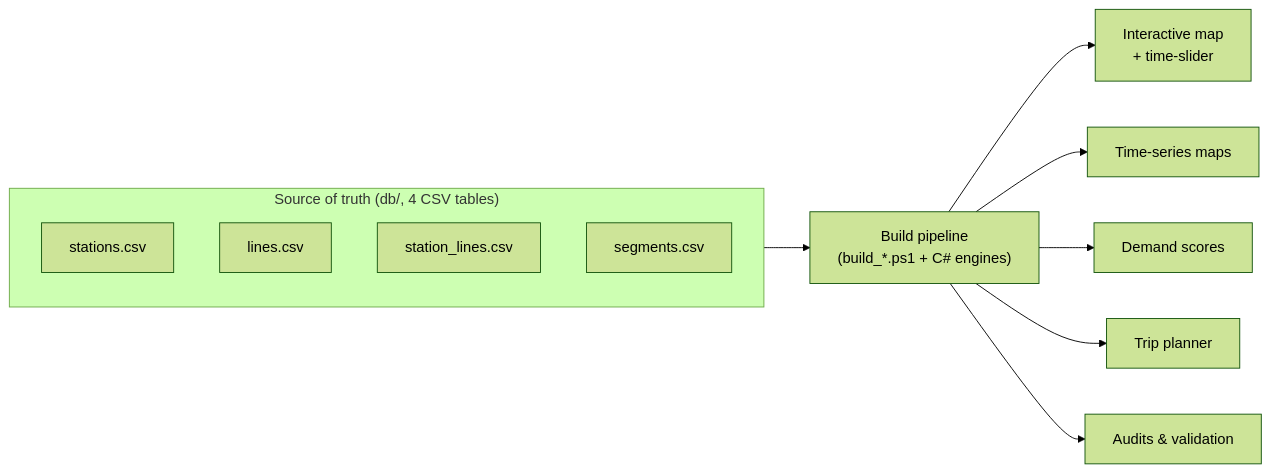
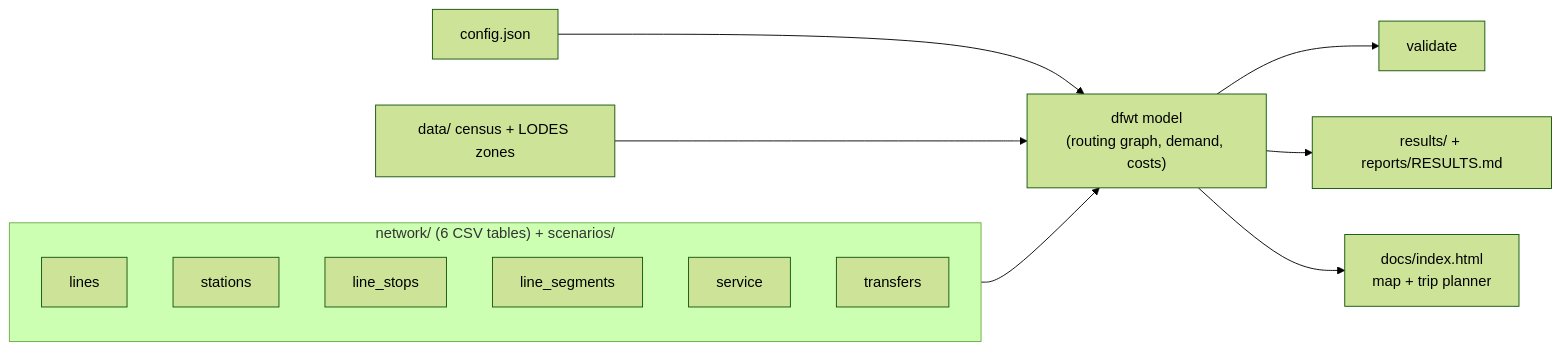
One commit to dgoodenough/dfw-transit changed the diagram in README.md. Above: the diagram before and after it, drawn with Mermaid (forest theme). The commit also changed other lines of this file and 158 other files, not shown here.

````diff
--- a/README.md
+++ b/README.md
@@ -55,12 +90,12 @@
 ```mermaid
 flowchart LR
-  subgraph SoT["Source of truth (db/, 4 CSV tables)"]
-    S[stations.csv] & L[lines.csv] & SL[station_lines.csv] & SG[segments.csv]
+  subgraph SoT["network/ (6 CSV tables) + scenarios/"]
+    L[lines] & S[stations] & LS[line_stops] & SG[line_segments] & SV[service] & T[transfers]
   end
-  SoT --> B["Build pipeline<br/>(build_*.ps1 + C# engines)"]
-  B --> M[Interactive map<br/>+ time-slider]
-  B --> T[Time-series maps]
-  B --> D[Demand scores]
-  B --> P[Trip planner]
-  B --> A[Audits & validation]
+  C[config.json] --> M
+  SoT --> M["dfwt model<br/>(routing graph, demand, costs)"]
+  Z["data/ census + LODES zones"] --> M
+  M --> V[validate]
+  M --> R["results/ + reports/RESULTS.md"]
+  M --> W["docs/index.html<br/>map + trip planner"]
 ```
````
